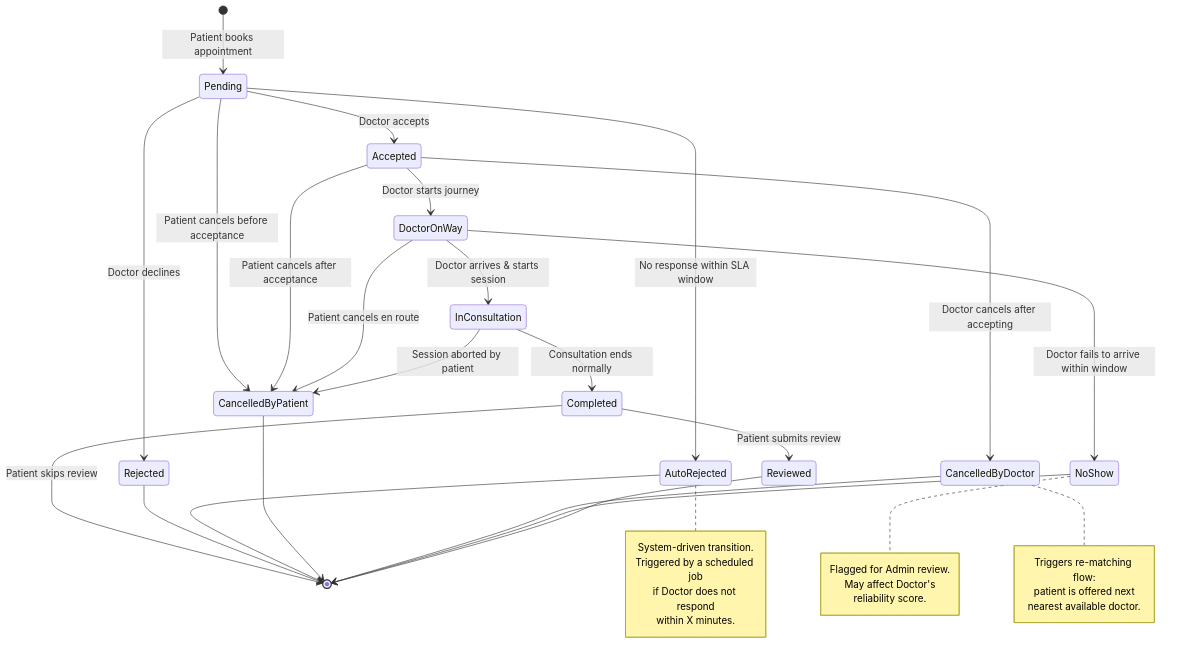
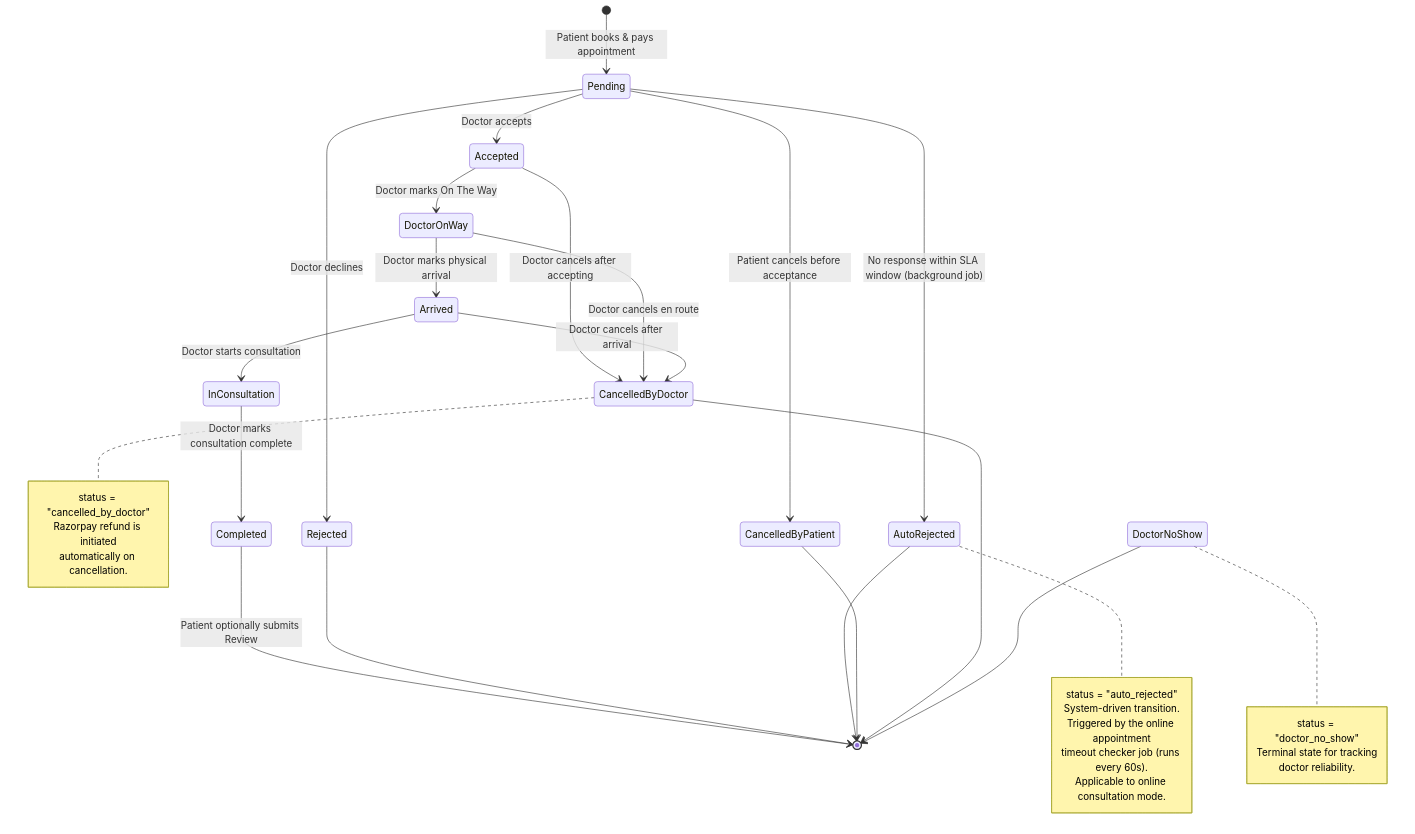
One commit to Vansh-Vaishnani/DocDock changed the second of 2 diagrams in Documents/Appointment_State_Diagram.md. Above: the diagram before and after it, drawn with Mermaid. The commit also changed other lines of this file and 16 other files, not shown here.

Commit message:
feat: initialize project documentation including system architecture, design specifications, and development roadmap

````diff
--- a/Documents/Appointment_State_Diagram.md
+++ b/Documents/Appointment_State_Diagram.md
@@ -81,49 +87,48 @@
 ```mermaid
 stateDiagram-v2
-    [*] --> Pending : Patient books appointment
+    [*] --> Pending : Patient books & pays appointment
 
     Pending --> Accepted : Doctor accepts
     Pending --> Rejected : Doctor declines
-    Pending --> AutoRejected : No response within SLA window
+    Pending --> AutoRejected : No response within SLA window (background job)
     Pending --> CancelledByPatient : Patient cancels before acceptance
 
-    Accepted --> DoctorOnWay : Doctor starts journey
-    Accepted --> CancelledByPatient : Patient cancels after acceptance
+    Accepted --> DoctorOnWay : Doctor marks On The Way
     Accepted --> CancelledByDoctor : Doctor cancels after accepting
 
-    DoctorOnWay --> InConsultation : Doctor arrives & starts session
-    DoctorOnWay --> NoShow : Doctor fails to arrive within window
-    DoctorOnWay --> CancelledByPatient : Patient cancels en route
+    DoctorOnWay --> Arrived : Doctor marks physical arrival
+    DoctorOnWay --> CancelledByDoctor : Doctor cancels en route
 
-    InConsultation --> Completed : Consultation ends normally
-    InConsultation --> CancelledByPatient : Session aborted by patient
+    Arrived --> InConsultation : Doctor starts consultation
+    Arrived --> CancelledByDoctor : Doctor cancels after arrival
 
-    Completed --> Reviewed : Patient submits review
-    Completed --> [*] : Patient skips review
+    InConsultation --> Completed : Doctor marks consultation complete
+
+    Completed --> [*] : Patient optionally submits Review
 
     Rejected --> [*]
     AutoRejected --> [*]
     CancelledByPatient --> [*]
     CancelledByDoctor --> [*]
-    NoShow --> [*]
-    Reviewed --> [*]
+    DoctorNoShow --> [*]
 
     note right of AutoRejected
+        status = "auto_rejected"
         System-driven transition.
-        Triggered by a scheduled job
-        if Doctor does not respond
-        within X minutes.
+        Triggered by the online appointment
+        timeout checker job (runs every 60s).
+        Applicable to online consultation mode.
     end note
 
-    note right of NoShow
-        Flagged for Admin review.
-        May affect Doctor's
-        reliability score.
+    note right of DoctorNoShow
+        status = "doctor_no_show"
+        Terminal state for tracking
+        doctor reliability.
     end note
 
     note right of CancelledByDoctor
-        Triggers re-matching flow:
-        patient is offered next
-        nearest available doctor.
+        status = "cancelled_by_doctor"
+        Razorpay refund is initiated
+        automatically on cancellation.
     end note
 ```
````
